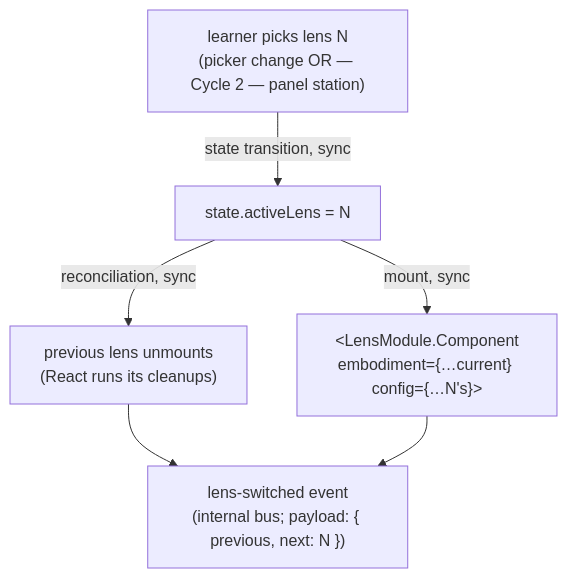
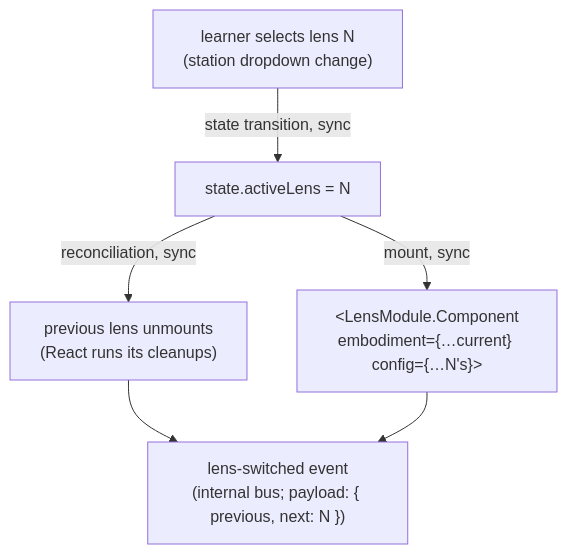
One commit to codeschoolinabox/curricula changed the fifth of 9 diagrams in src/lib/study-lenses/orchestrate/DOCS.md. Above: the diagram before and after it, drawn with Mermaid. The commit also changed other lines of this file and 9 other files, not shown here.

Commit message:
docs: sync orchestrate README/DOCS and lens docs to the built phases panel

````diff
--- a/src/lib/study-lenses/orchestrate/DOCS.md
+++ b/src/lib/study-lenses/orchestrate/DOCS.md
@@ -383,9 +387,9 @@
 ```mermaid
 flowchart TD
-    Selection["learner picks lens N<br/>(picker change OR — Cycle 2 — panel station)"]
+    Selection["learner selects lens N<br/>(station dropdown change)"]
     Selection -->|"state transition, sync"| ActiveLens["state.activeLens = N"]
     ActiveLens -->|"reconciliation, sync"| Unmount["previous lens unmounts<br/>(React runs its cleanups)"]
     ActiveLens -->|"mount, sync"| LensMount["&lt;LensModule.Component<br/>embodiment={…current} config={…N's}&gt;"]
     Unmount --> InternalBus["lens-switched event<br/>(internal bus; payload: { previous, next: N })"]
     LensMount --> InternalBus
 ```
````
